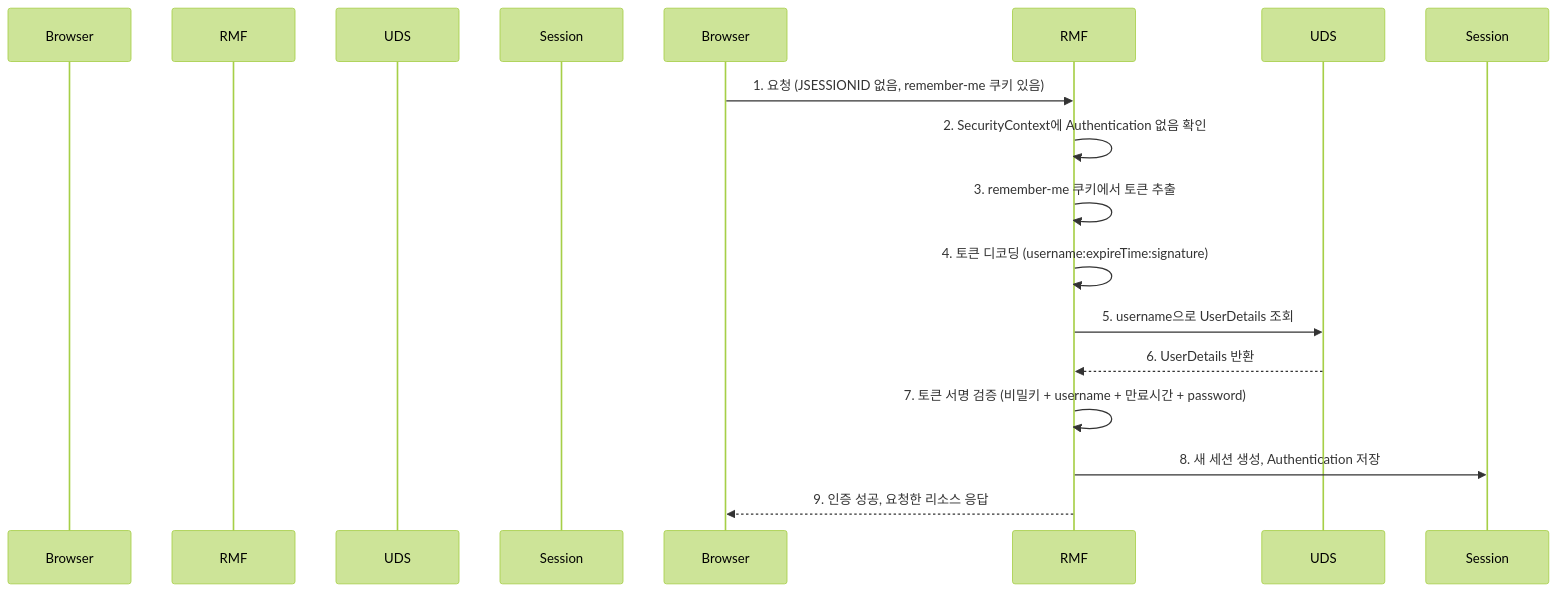
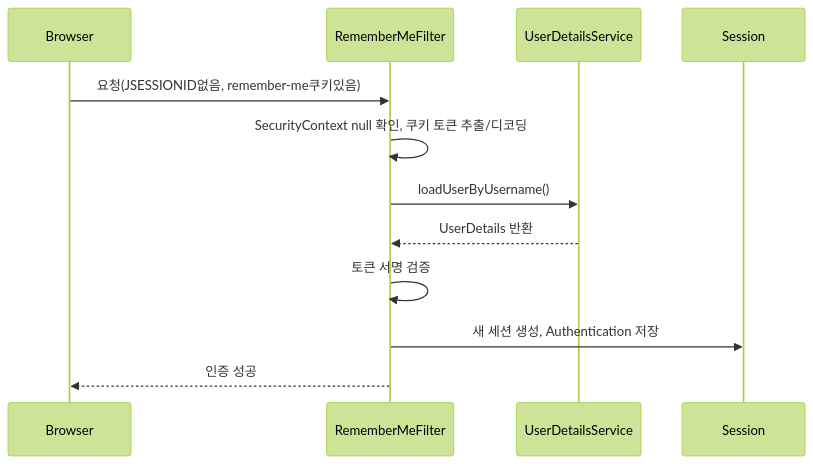
The first of 2 diagrams in _posts/security/2021-01-18-RememberMe.md (yjkim2015/yjkim2015.github.io), drawn with Mermaid (forest theme) before and after one commit. The commit also changed 215 other files, not shown here.

First line of the commit message:
신규 포스트 10개 추가 + Mermaid 전면 축소 + SystemDesign 시리즈 보강

````diff
--- a/_posts/security/2021-01-18-RememberMe.md
+++ b/_posts/security/2021-01-18-RememberMe.md
@@ -32,17 +32,14 @@
 ```mermaid
 sequenceDiagram
-    participant "브라우저" as Browser
-    participant "RememberMeAuthenticationFilter" as RMF
-    participant "UserDetailsService" as UDS
-    participant "세션" as Session
-
-    Browser->>RMF: 1. 요청 (JSESSIONID 없음, remember-me 쿠키 있음)
-    RMF->>RMF: 2. SecurityContext에 Authentication 없음 확인
-    RMF->>RMF: 3. remember-me 쿠키에서 토큰 추출
-    RMF->>RMF: 4. 토큰 디코딩 (username:expireTime:signature)
-    RMF->>UDS: 5. username으로 UserDetails 조회
-    UDS-->>RMF: 6. UserDetails 반환
-    RMF->>RMF: 7. 토큰 서명 검증 (비밀키 + username + 만료시간 + password)
-    RMF->>Session: 8. 새 세션 생성, Authentication 저장
-    RMF-->>Browser: 9. 인증 성공, 요청한 리소스 응답
+    participant B as Browser
+    participant RMF as RememberMeFilter
+    participant UDS as UserDetailsService
+    participant S as Session
+    B->>RMF: 요청(JSESSIONID없음, remember-me쿠키있음)
+    RMF->>RMF: SecurityContext null 확인, 쿠키 토큰 추출/디코딩
+    RMF->>UDS: loadUserByUsername()
+    UDS-->>RMF: UserDetails 반환
+    RMF->>RMF: 토큰 서명 검증
+    RMF->>S: 새 세션 생성, Authentication 저장
+    RMF-->>B: 인증 성공
 ```
````
